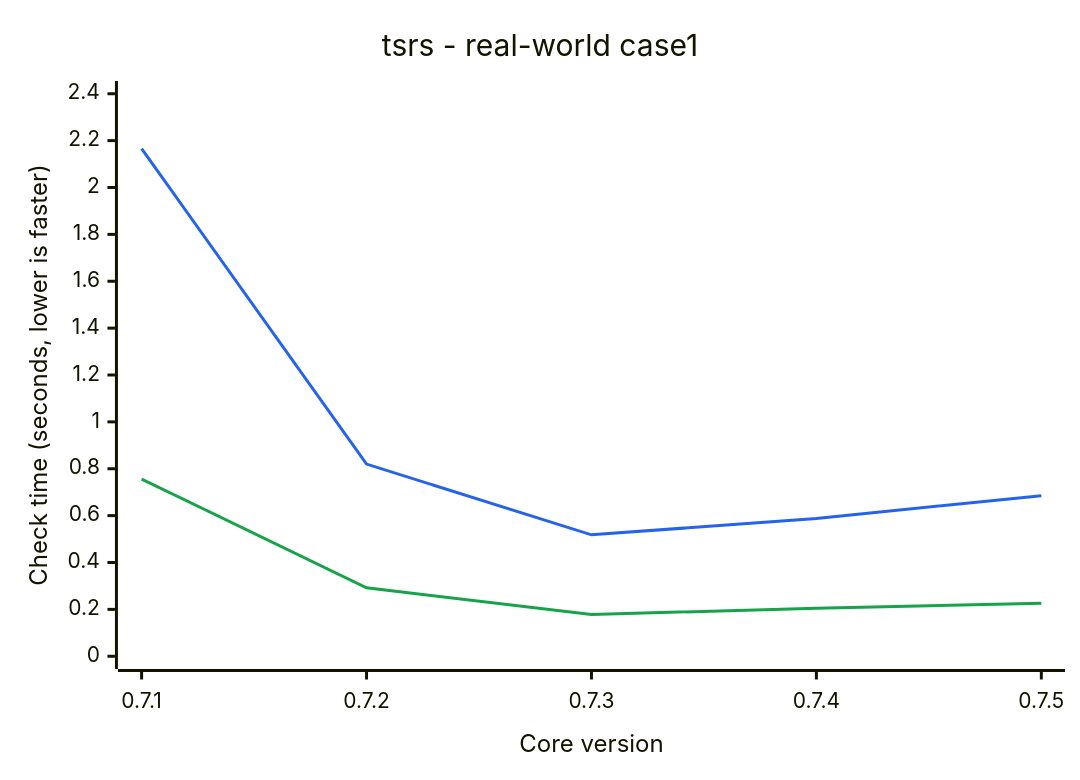
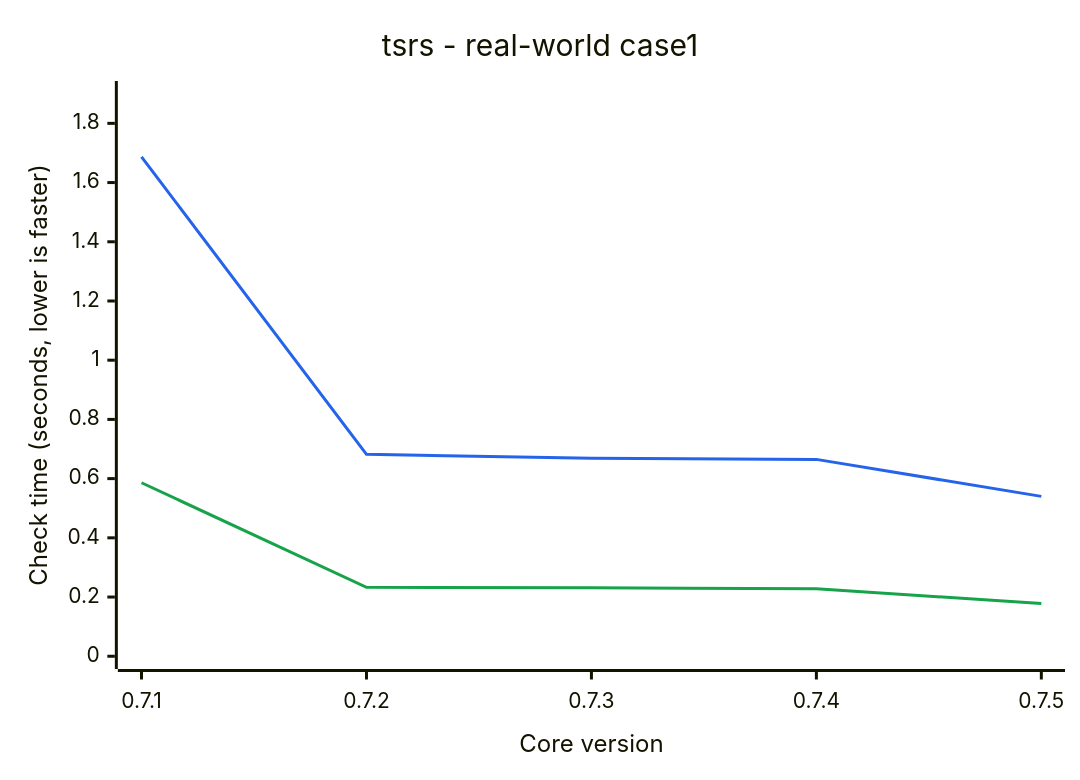
Before and after one commit to ismailkarsli/TypeSQL: the diagram in README.md, drawn with Mermaid. The commit also changed other lines of this file and 2 other files, not shown here.

````diff
--- a/README.md
+++ b/README.md
@@ -149,9 +149,9 @@
 ```mermaid
 %%{init: {"themeVariables": {"xyChart": {"plotColorPalette": "#2563eb,#16a34a"}}}}%%
 xychart-beta
     title "tsrs - real-world case1"
     x-axis "Core version" ["0.7.1", "0.7.2", "0.7.3", "0.7.4", "0.7.5"]
-    y-axis "Check time (seconds, lower is faster)" 0 --> 2.4
-    line [2.166, 0.82, 0.518, 0.588, 0.685]
-    line [0.756, 0.292, 0.178, 0.205, 0.226]
+    y-axis "Check time (seconds, lower is faster)" 0 --> 1.9
+    line [1.687, 0.682, 0.669, 0.665, 0.54]
+    line [0.586, 0.233, 0.231, 0.228, 0.178]
 ```
````
